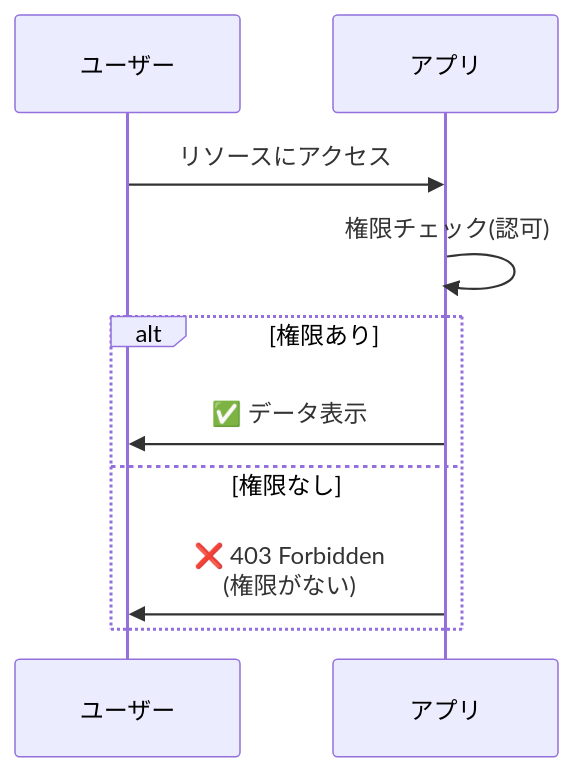
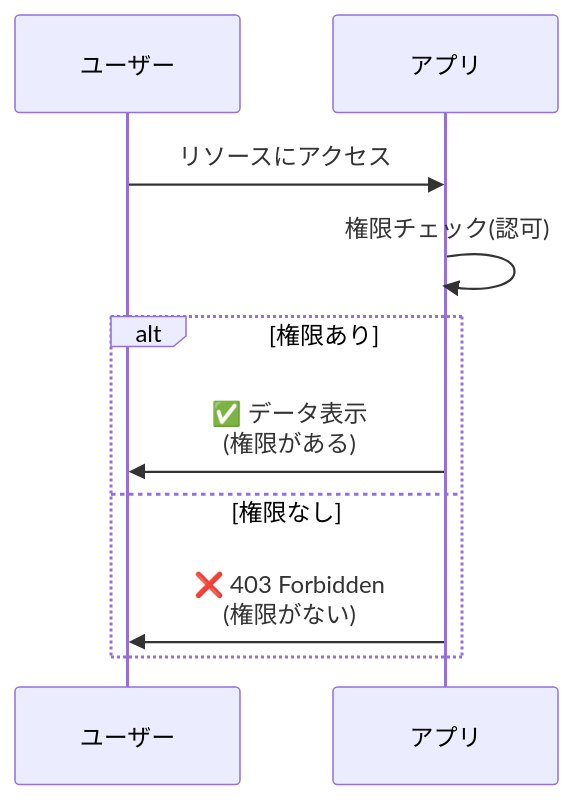
The second of 10 diagrams in docs/src/auth/basics.md (im-sts-miyamoto/mkdocs), drawn with Mermaid before and after one commit. The commit also changed other lines of this file and 7 other files, not shown here.

````diff
--- a/docs/src/auth/basics.md
+++ b/docs/src/auth/basics.md
@@ -48,13 +52,13 @@
     ```mermaid
     sequenceDiagram
         participant User as ユーザー
         participant App as アプリ
 
         User->>App: リソースにアクセス
         App->>App: 権限チェック(認可)
         alt 権限あり
-            App->>User: ✅ データ表示
+            App->>User: ✅ データ表示<br/>(権限がある)
         else 権限なし
             App->>User: ❌ 403 Forbidden<br/>(権限がない)
         end
     ```
````
